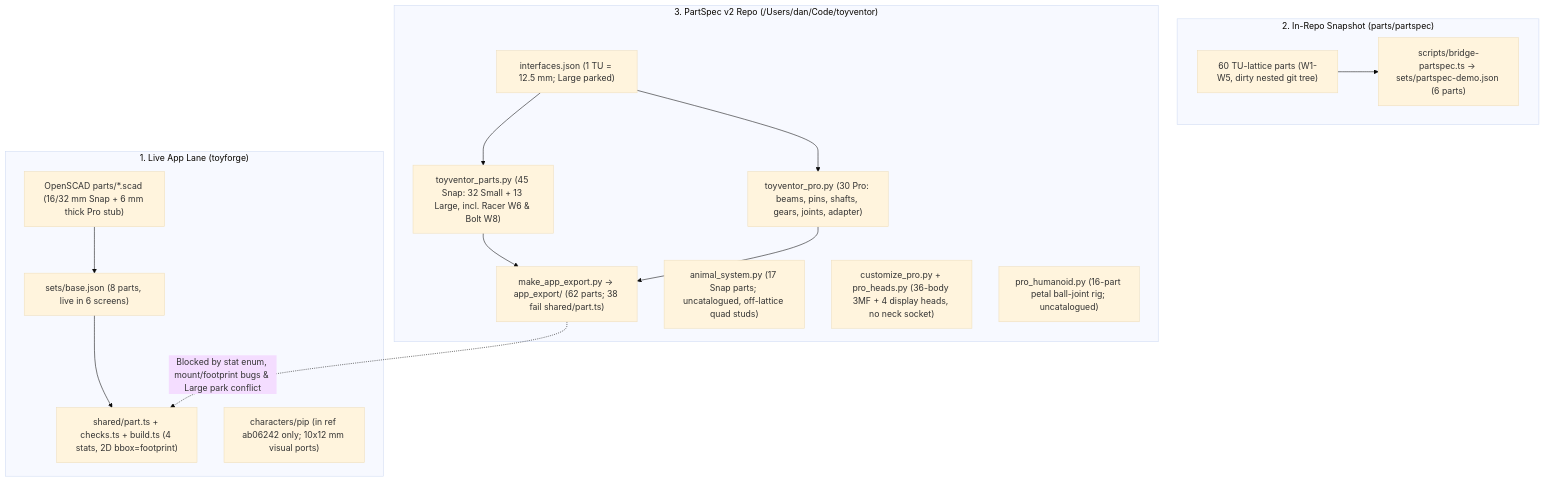
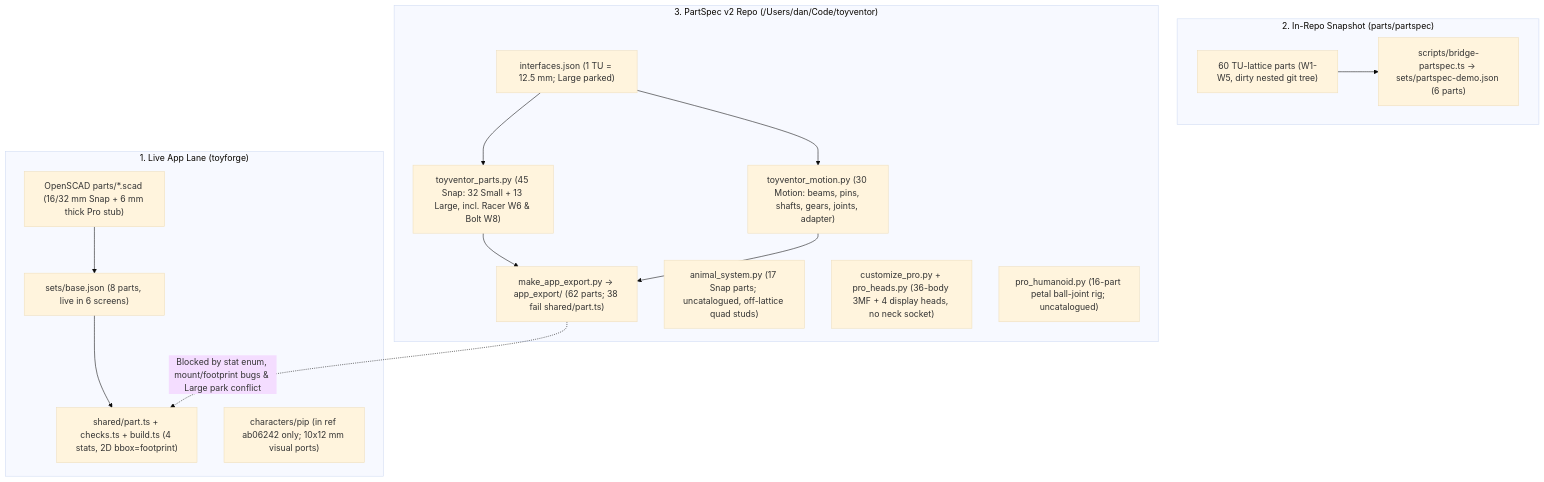
One commit to diydan/ToyVentor changed the diagram in docs/archive/parts-review.md. Above: the diagram before and after it, drawn with Mermaid (base theme). The commit also changed other lines of this file and 170 other files, not shown here.

First line of the commit message:
feat(tiers): rename the product ladder to Snap -> Motion -> Pro

````diff
--- a/docs/archive/parts-review.md
+++ b/docs/archive/parts-review.md
@@ -19,30 +19,30 @@
 ```mermaid
 flowchart TD
     subgraph AppLane["1. Live App Lane (toyforge)"]
         SCAD["OpenSCAD parts/*.scad (16/32 mm Snap + 6 mm thick Pro stub)"]
         BaseJSON["sets/base.json (8 parts, live in 6 screens)"]
         Contracts["shared/part.ts + checks.ts + build.ts (4 stats, 2D bbox=footprint)"]
         Pip["characters/pip (in ref ab06242 only; 10x12 mm visual ports)"]
         SCAD --> BaseJSON --> Contracts
     end
 
     subgraph V1["2. In-Repo Snapshot (parts/partspec)"]
         V1Cat["60 TU-lattice parts (W1-W5, dirty nested git tree)"]
         DemoBridge["scripts/bridge-partspec.ts -> sets/partspec-demo.json (6 parts)"]
         V1Cat --> DemoBridge
     end
 
     subgraph V2["3. PartSpec v2 Repo (/Users/dan/Code/toyventor)"]
         IF["interfaces.json (1 TU = 12.5 mm; Large parked)"]
         SnapV2["toyventor_parts.py (45 Snap: 32 Small + 13 Large, incl. Racer W6 & Bolt W8)"]
-        ProV2["toyventor_pro.py (30 Pro: beams, pins, shafts, gears, joints, adapter)"]
+        ProV2["toyventor_motion.py (30 Motion: beams, pins, shafts, gears, joints, adapter)"]
         AppExp["make_app_export.py -> app_export/ (62 parts; 38 fail shared/part.ts)"]
         Animals["animal_system.py (17 Snap parts; uncatalogued, off-lattice quad studs)"]
         ProBase["customize_pro.py + pro_heads.py (36-body 3MF + 4 display heads, no neck socket)"]
         ProAlt["pro_humanoid.py (16-part petal ball-joint rig; uncatalogued)"]
         IF --> SnapV2 & ProV2
         SnapV2 & ProV2 --> AppExp
     end
 
     AppExp -. "Blocked by stat enum, mount/footprint bugs & Large park conflict" .-> Contracts
 ```
````
